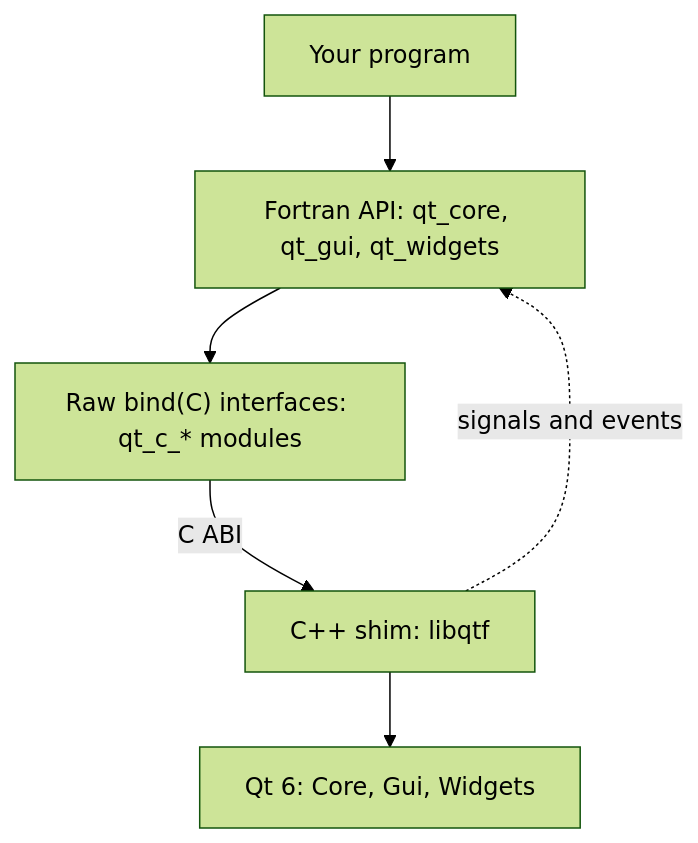
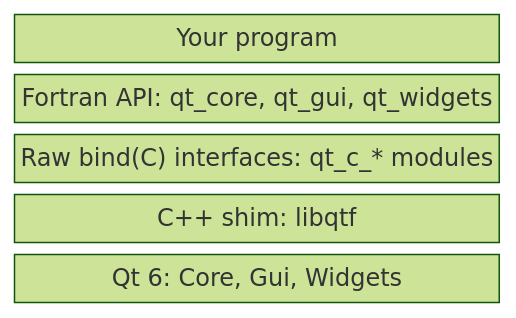
Before and after one commit to jacobwilliams/qt-fortran: the diagram in README.md, drawn with Mermaid (forest theme).

Commit message:
try this

````diff
--- a/README.md
+++ b/README.md
@@ -200,13 +200,9 @@
 ```mermaid
-flowchart TD
+block-beta
+    columns 1
     app["Your program"]
     api["Fortran API: qt_core, qt_gui, qt_widgets"]
     raw["Raw bind(C) interfaces: qt_c_* modules"]
     shim["C++ shim: libqtf"]
     qt["Qt 6: Core, Gui, Widgets"]
-
-    app --> api --> raw
-    raw -- C ABI --> shim
-    shim --> qt
-    shim -. signals and events .-> api
 ```
````
